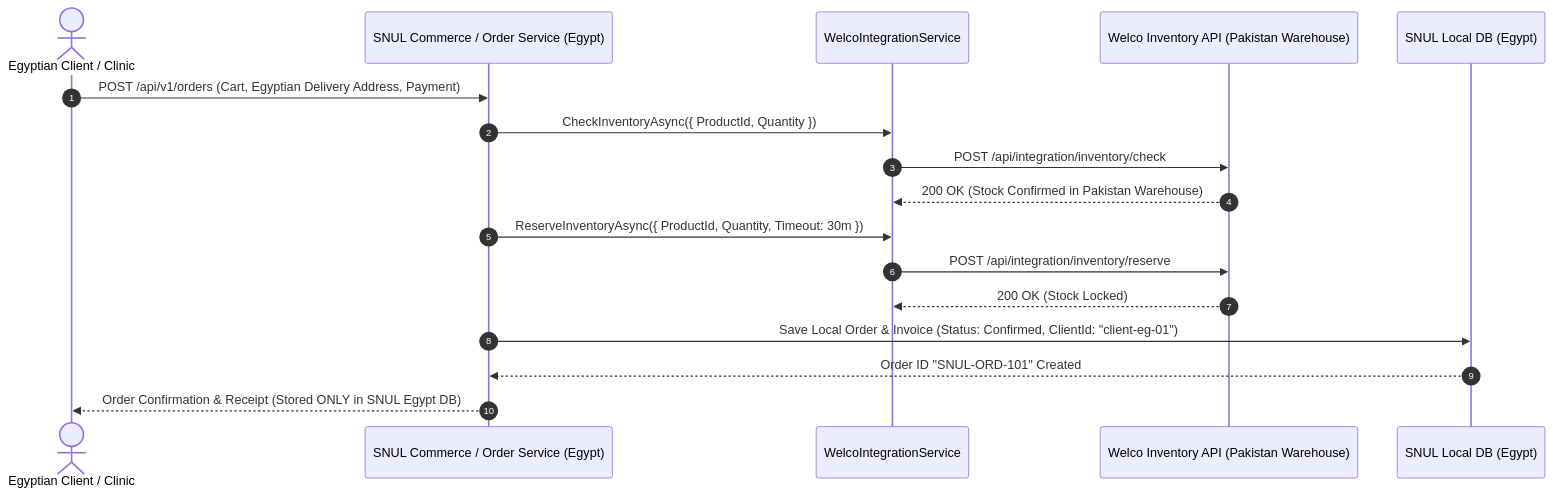
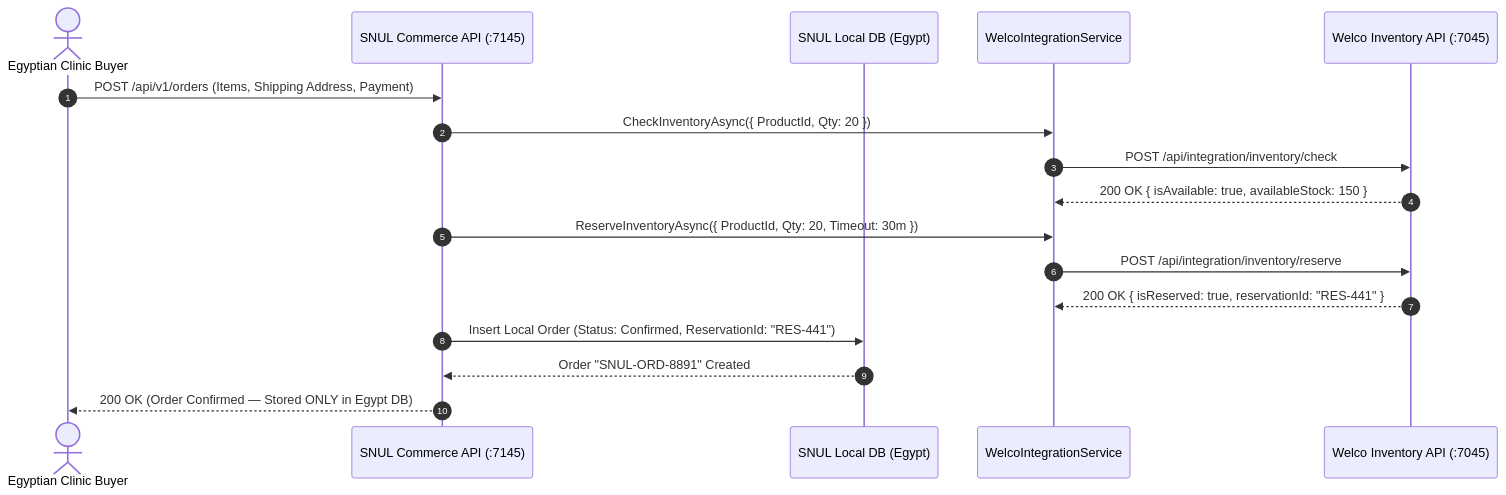
The fourth of 4 diagrams in README.md (MohamedSaber2004/SNUL-Backend), drawn with Mermaid before and after one commit. The commit also changed other lines of this file and 26 other files, not shown here.

````diff
--- a/README.md
+++ b/README.md
@@ -339,22 +763,22 @@
 ```mermaid
 sequenceDiagram
     autonumber
-    actor Client as Egyptian Client / Clinic
-    participant Checkout as SNUL Commerce / Order Service (Egypt)
+    actor Customer as Egyptian Clinic Buyer
+    participant Commerce as SNUL Commerce API (:7145)
+    participant SNULDB as SNUL Local DB (Egypt)
     participant WelcoSvc as WelcoIntegrationService
-    participant WelcoInv as Welco Inventory API (Pakistan Warehouse)
-    participant SNULDB as SNUL Local DB (Egypt)
+    participant WelcoInv as Welco Inventory API (:7045)
 
-    Client->>Checkout: POST /api/v1/orders (Cart, Egyptian Delivery Address, Payment)
-    Checkout->>WelcoSvc: CheckInventoryAsync({ ProductId, Quantity })
+    Customer->>Commerce: POST /api/v1/orders (Items, Shipping Address, Payment)
+    Commerce->>WelcoSvc: CheckInventoryAsync({ ProductId, Qty: 20 })
     WelcoSvc->>WelcoInv: POST /api/integration/inventory/check
-    WelcoInv-->>WelcoSvc: 200 OK (Stock Confirmed in Pakistan Warehouse)
+    WelcoInv-->>WelcoSvc: 200 OK { isAvailable: true, availableStock: 150 }
     
-    Checkout->>WelcoSvc: ReserveInventoryAsync({ ProductId, Quantity, Timeout: 30m })
+    Commerce->>WelcoSvc: ReserveInventoryAsync({ ProductId, Qty: 20, Timeout: 30m })
     WelcoSvc->>WelcoInv: POST /api/integration/inventory/reserve
-    WelcoInv-->>WelcoSvc: 200 OK (Stock Locked)
+    WelcoInv-->>WelcoSvc: 200 OK { isReserved: true, reservationId: "RES-441" }
     
-    Checkout->>SNULDB: Save Local Order & Invoice (Status: Confirmed, ClientId: "client-eg-01")
-    SNULDB-->>Checkout: Order ID "SNUL-ORD-101" Created
-    Checkout-->>Client: Order Confirmation & Receipt (Stored ONLY in SNUL Egypt DB)
+    Commerce->>SNULDB: Insert Local Order (Status: Confirmed, ReservationId: "RES-441")
+    SNULDB-->>Commerce: Order "SNUL-ORD-8891" Created
+    Commerce-->>Customer: 200 OK (Order Confirmed — Stored ONLY in Egypt DB)
 ```
````
